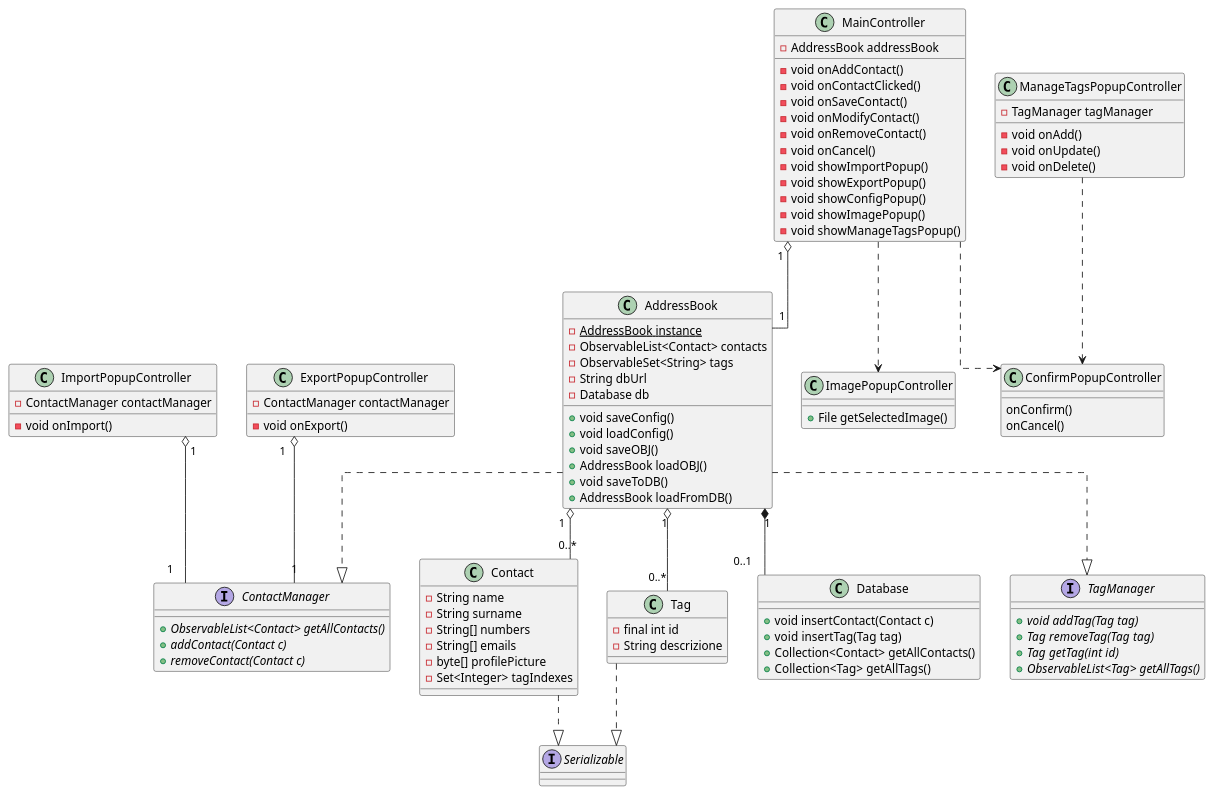
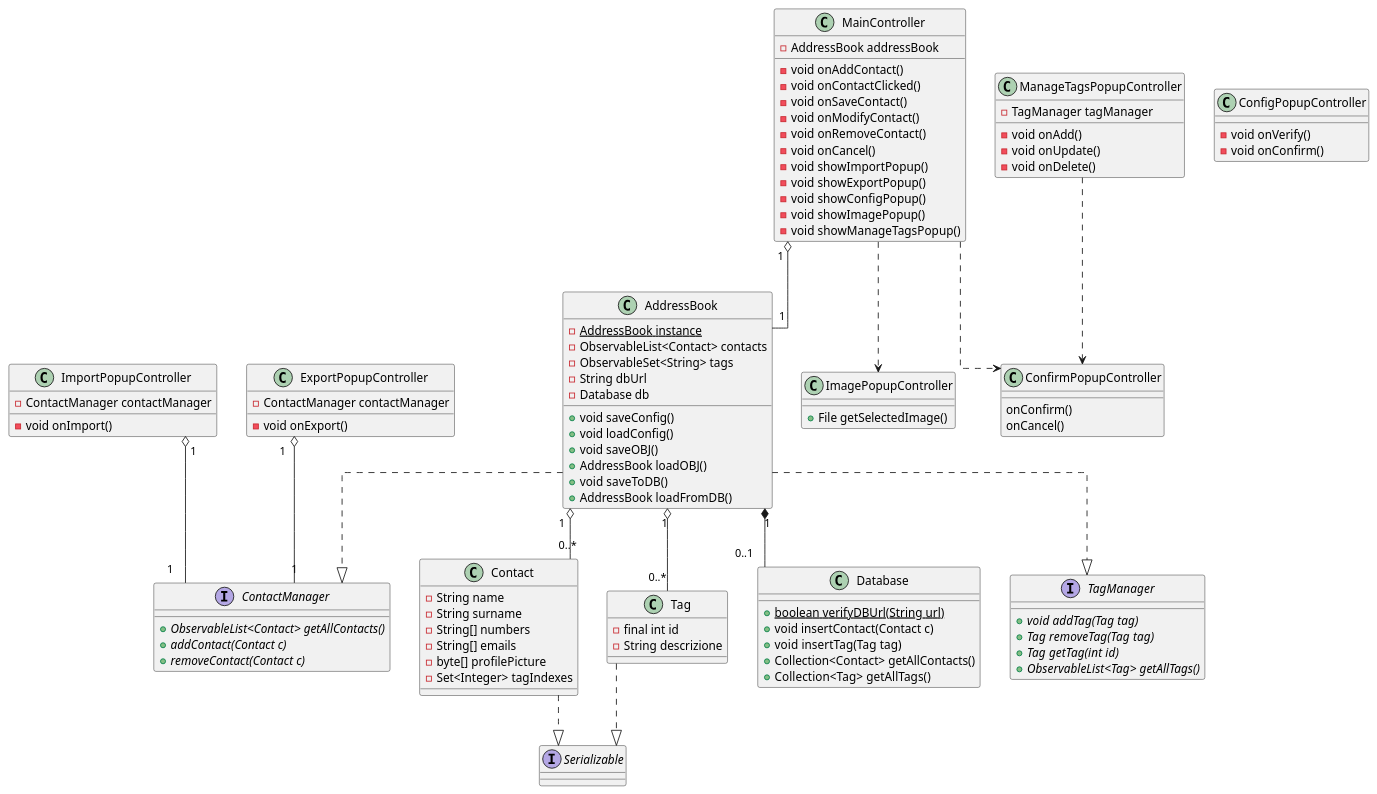
One commit to savaava/ProgettoRubrica changed the diagram in documenti/diagrammaClassiEssenziale.puml. Above: the diagram before and after it, drawn with PlantUML. The commit also changed 5 other files, not shown here.

Commit message:
modifiche nei diagrammi di classe + in diagrammi seq C5 e C8

```diff
--- a/documenti/diagrammaClassiEssenziale.puml
+++ b/documenti/diagrammaClassiEssenziale.puml
@@ -1,122 +1,128 @@
 @startuml DiagrammaDelleClassiEssenziale
 skinparam linetype ortho
 'left to right direction
 
 
 '****************** CLASSI ******************
 class Contact {
     - String name 
     - String surname 
     - String[] numbers
     - String[] emails
     - byte[] profilePicture
     - Set<Integer> tagIndexes  
 }
 
 class AddressBook {
     - {static} AddressBook instance
     - ObservableList<Contact> contacts
     - ObservableSet<String> tags
     - String dbUrl
     - Database db
 
     + void saveConfig()
     + void loadConfig()
     + void saveOBJ()
     + AddressBook loadOBJ()
     + void saveToDB()
     + AddressBook loadFromDB()    
 }
 
 class MainController {
     - AddressBook addressBook
 
     - void onAddContact()
     - void onContactClicked()
     - void onSaveContact()
     - void onModifyContact()
     - void onRemoveContact()
     - void onCancel()
     - void showImportPopup()
     - void showExportPopup()
     - void showConfigPopup()
     - void showImagePopup()
     - void showManageTagsPopup()
 }
 
 class ImportPopupController {
     - ContactManager contactManager
     - void onImport()
 }
 
 class ExportPopupController {
     - ContactManager contactManager
     - void onExport()
 }
 
 class ManageTagsPopupController {
     - TagManager tagManager
     - void onAdd()
     - void onUpdate()
     - void onDelete()
 }
 
 class ImagePopupController {
     + File getSelectedImage()
 }
 
 class ConfirmPopupController {
     onConfirm()
     onCancel()
 }
 
+class ConfigPopupController {
+    - void onVerify()
+    - void onConfirm()
+}
+
 class Tag {
     - final int id
     - String descrizione
 }
 
 class Database {
+    + {static} boolean verifyDBUrl(String url)
     + void insertContact(Contact c)
     + void insertTag(Tag tag)
     + Collection<Contact> getAllContacts()
     + Collection<Tag> getAllTags()
 } 
 
 '****************** INTERFACCE ******************
 interface Serializable
 
 interface TagManager {
     +{abstract} void addTag(Tag tag)
     +{abstract} Tag removeTag(Tag tag)
     +{abstract} Tag getTag(int id)
     +{abstract} ObservableList<Tag> getAllTags()
 }
 
 interface ContactManager {
     +{abstract} ObservableList<Contact> getAllContacts()
     +{abstract} addContact(Contact c)
     +{abstract} removeContact(Contact c)
 }
 
 '****************** RELAZIONI ******************
 Contact ..|> Serializable
 
 Tag ..|> Serializable
 
 AddressBook "1" o-- "0..*" Contact
 AddressBook "1" *-- "0..1" Database
 AddressBook "1" o-- "0..*" Tag
 AddressBook ..|> TagManager
 AddressBook ..|> ContactManager
 
 MainController "1" o-- "1" AddressBook
 MainController ..> ImagePopupController
 MainController ..> ConfirmPopupController
 
 ManageTagsPopupController ..> ConfirmPopupController
 
 ExportPopupController "1" o-- "1" ContactManager
 
 ImportPopupController "1" o-- "1" ContactManager
 
 @enduml
```
